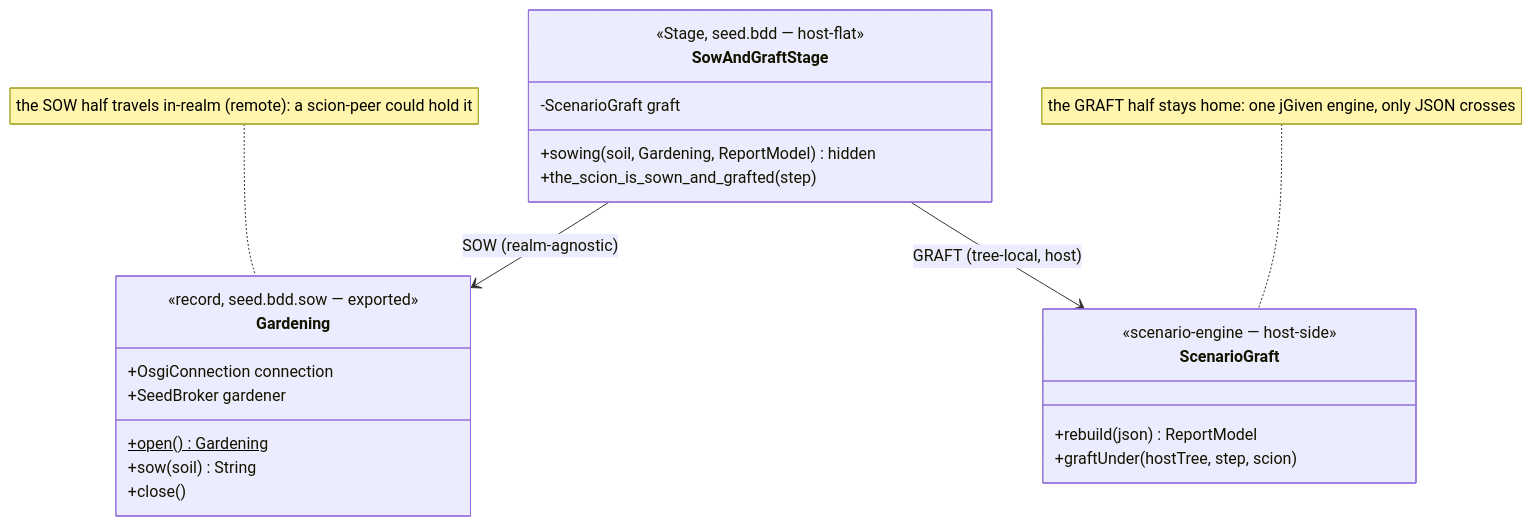
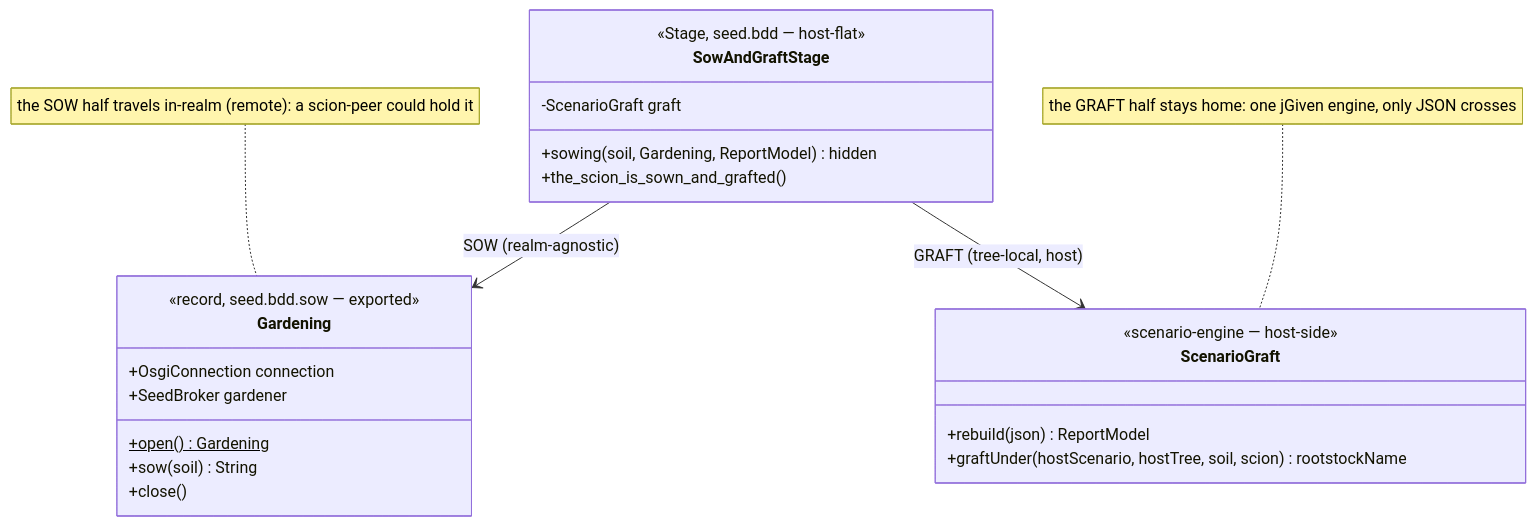
Before and after one commit to seedmatic/rke2lab: the second of 2 diagrams in docs/architecture/osgi/seed-bdd-module-spec.adoc, drawn with Mermaid. The commit also changed other lines of this file and 13 other files, not shown here.

```diff
--- a/docs/architecture/osgi/seed-bdd-module-spec.adoc
+++ b/docs/architecture/osgi/seed-bdd-module-spec.adoc
@@ -127,27 +128,27 @@
 [mermaid]
 ----
 classDiagram
   class Gardening {
     <<record, seed.bdd.sow — exported>>
     +OsgiConnection connection
     +SeedBroker gardener
     +open() Gardening$
     +sow(soil) String
     +close()
   }
   class SowAndGraftStage {
     <<Stage, seed.bdd — host-flat>>
     -ScenarioGraft graft
     +sowing(soil, Gardening, ReportModel) hidden
-    +the_scion_is_sown_and_grafted(step)
+    +the_scion_is_sown_and_grafted()
   }
   class ScenarioGraft {
     <<scenario-engine — host-side>>
     +rebuild(json) ReportModel
-    +graftUnder(hostTree, step, scion)
+    +graftUnder(hostScenario, hostTree, soil, scion) rootstockName
   }
   SowAndGraftStage --> Gardening : SOW (realm-agnostic)
   SowAndGraftStage --> ScenarioGraft : GRAFT (tree-local, host)
   note for Gardening "the SOW half travels in-realm (remote): a scion-peer could hold it"
   note for ScenarioGraft "the GRAFT half stays home: one jGiven engine, only JSON crosses"
 ----
```
